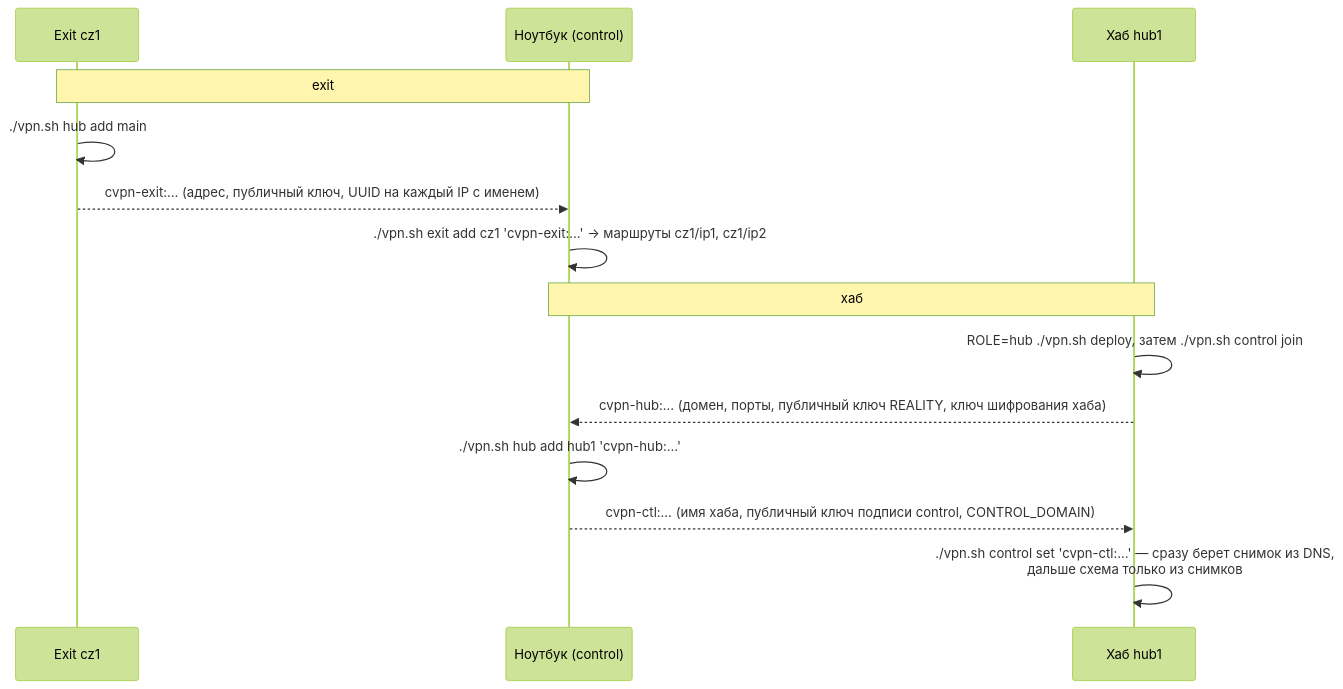
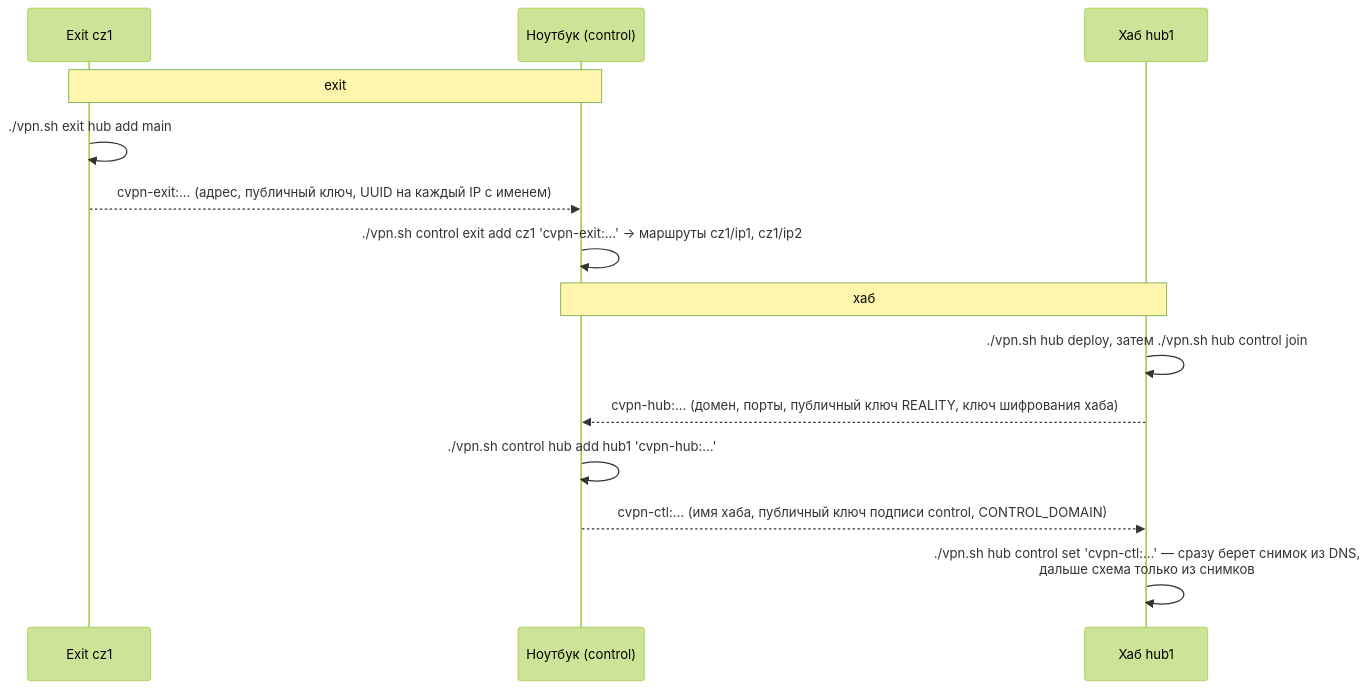
The seventh of 7 diagrams in ARCHITECTURE.md (Dx-by-Dy/custom-vpn), drawn with Mermaid (forest theme) before and after one commit. The commit also changed other lines of this file and 20 other files, not shown here.

Commit message:
Commands as a tree: ./vpn.sh ROLE OBJECT ACTION (the flat form still works); hints and docs in the new form

````diff
--- a/ARCHITECTURE.md
+++ b/ARCHITECTURE.md
@@ -243,18 +244,18 @@
 ```mermaid
 sequenceDiagram
   participant E as Exit cz1
   participant L as Ноутбук (control)
   participant H as Хаб hub1
 
   Note over E,L: exit
-  E->>E: ./vpn.sh hub add main
+  E->>E: ./vpn.sh exit hub add main
   E-->>L: cvpn-exit:… (адрес, публичный ключ, UUID на каждый IP с именем)
-  L->>L: ./vpn.sh exit add cz1 'cvpn-exit:…' → маршруты cz1/ip1, cz1/ip2
+  L->>L: ./vpn.sh control exit add cz1 'cvpn-exit:…' → маршруты cz1/ip1, cz1/ip2
 
   Note over H,L: хаб
-  H->>H: ROLE=hub ./vpn.sh deploy, затем ./vpn.sh control join
+  H->>H: ./vpn.sh hub deploy, затем ./vpn.sh hub control join
   H-->>L: cvpn-hub:… (домен, порты, публичный ключ REALITY, ключ шифрования хаба)
-  L->>L: ./vpn.sh hub add hub1 'cvpn-hub:…'
+  L->>L: ./vpn.sh control hub add hub1 'cvpn-hub:…'
   L-->>H: cvpn-ctl:… (имя хаба, публичный ключ подписи control, CONTROL_DOMAIN)
-  H->>H: ./vpn.sh control set 'cvpn-ctl:…' — сразу берет снимок из DNS,<br/>дальше схема только из снимков
+  H->>H: ./vpn.sh hub control set 'cvpn-ctl:…' — сразу берет снимок из DNS,<br/>дальше схема только из снимков
 ```
````
